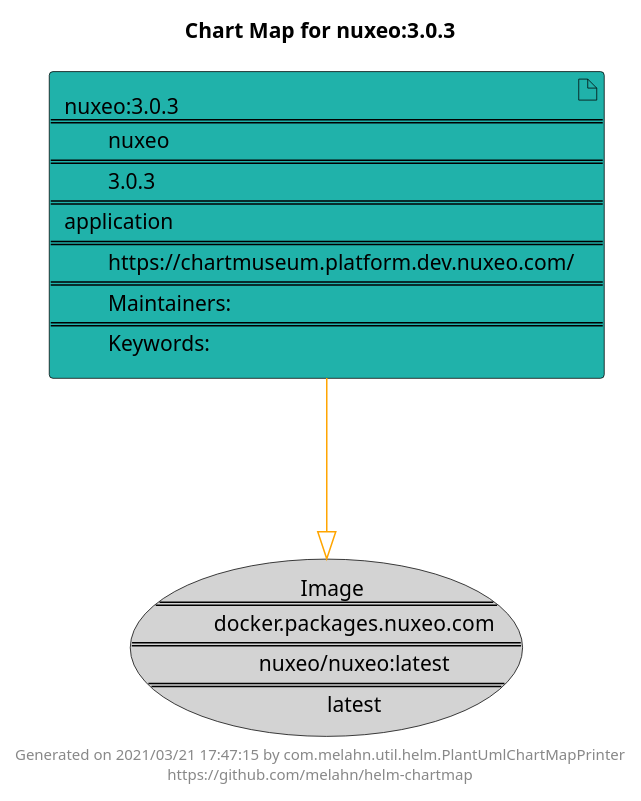
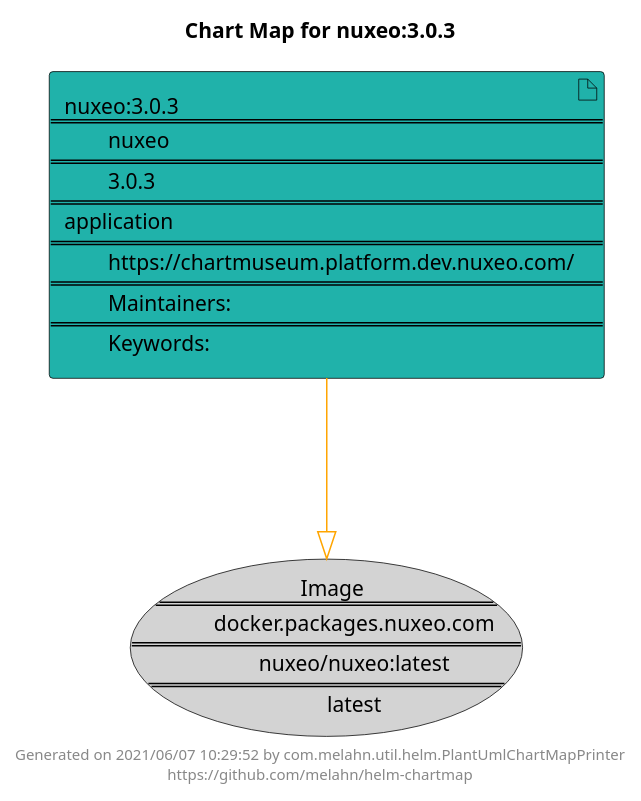
The diagram in docs/nuxeo/nuxeo-3.0.3.puml (melahn/helm-chartmap), drawn with PlantUML before and after one commit. The commit also changed 32 other files, not shown here.

Commit message:
Updating chartmap examples

```diff
--- a/docs/nuxeo/nuxeo-3.0.3.puml
+++ b/docs/nuxeo/nuxeo-3.0.3.puml
@@ -1,21 +1,21 @@
 @startuml
 skinparam linetype ortho
 skinparam backgroundColor white
 skinparam usecaseBorderColor black
 skinparam usecaseArrowColor LightSlateGray
 skinparam artifactBorderColor black
 skinparam artifactArrowColor LightSlateGray
 
 title Chart Map for nuxeo:3.0.3
 
 'There is one referenced Helm Chart
 artifact "nuxeo:3.0.3\n====\n\tnuxeo\n====\n\t3.0.3\n====\napplication\n====\n\thttps://chartmuseum.platform.dev.nuxeo.com/\n====\n\tMaintainers: \n====\n\tKeywords: " as nuxeo_3_0_3 #LightSeaGreen
 
 'There is one referenced Docker Image
 usecase "Image\n====\n\tdocker.packages.nuxeo.com\n====\n\tnuxeo/nuxeo:latest\n====\n\tlatest" as docker_packages_nuxeo_com_nuxeo_nuxeo_latest #LightGray
 
 'Chart Dependencies
 nuxeo_3_0_3--[#orange]-|>docker_packages_nuxeo_com_nuxeo_nuxeo_latest
 
-center footer Generated on 2021/03/21 17:47:15 by com.melahn.util.helm.PlantUmlChartMapPrinter\nhttps://github.com/melahn/helm-chartmap
+center footer Generated on 2021/06/07 10:29:52 by com.melahn.util.helm.PlantUmlChartMapPrinter\nhttps://github.com/melahn/helm-chartmap
 @enduml
```
